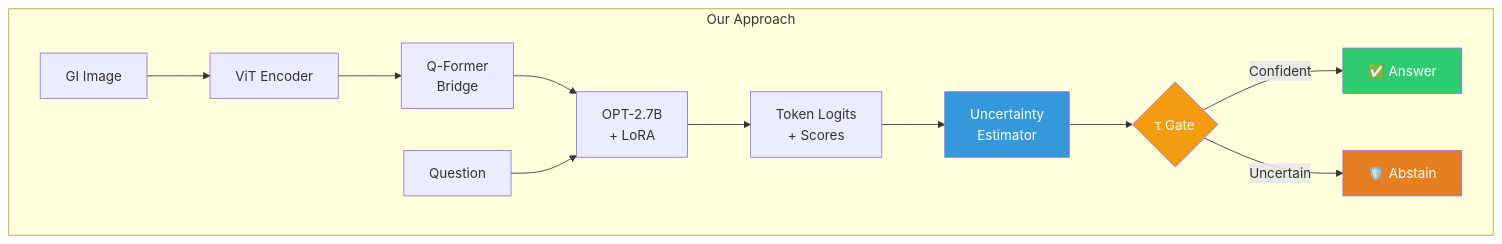
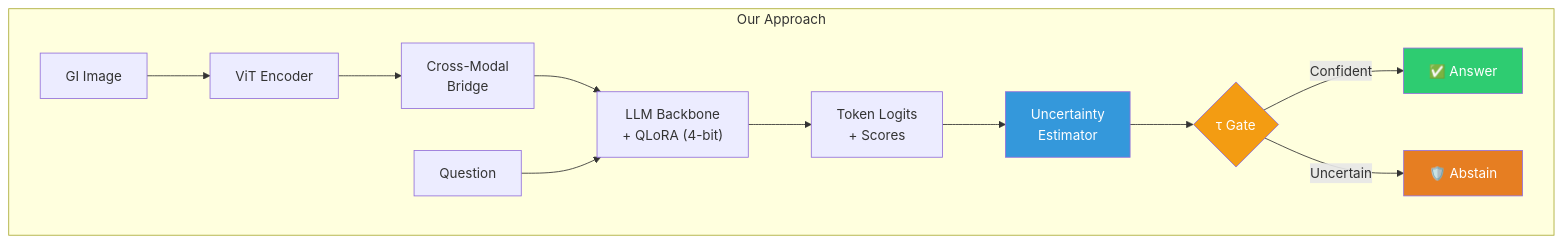
The sixth of 7 diagrams in project_novelty.md (Prashant2525/AI-ML-based-approaches-for-the-medical-sector), drawn with Mermaid before and after one commit. The commit also changed other lines of this file and 3 other files, not shown here.

````diff
--- a/project_novelty.md
+++ b/project_novelty.md
@@ -259,20 +264,20 @@
 ```mermaid
 flowchart LR
     subgraph "Our Approach"
         direction LR
         A["GI Image"] --> B["ViT Encoder"]
-        B --> C["Q-Former<br/>Bridge"]
-        C --> D["OPT-2.7B<br/>+ LoRA"]
+        B --> C["Cross-Modal<br/>Bridge"]
+        C --> D["LLM Backbone<br/>+ QLoRA (4-bit)"]
         Q["Question"] --> D
         D --> E["Token Logits<br/>+ Scores"]
         E --> F["Uncertainty<br/>Estimator"]
         F --> G{"τ Gate"}
         G -->|"Confident"| H["✅ Answer"]
         G -->|"Uncertain"| I["🛡️ Abstain"]
     end
     
     style F fill:#3498db,color:#fff
     style G fill:#f39c12,color:#fff
     style H fill:#2ecc71,color:#fff
     style I fill:#e67e22,color:#fff
 ```
````
